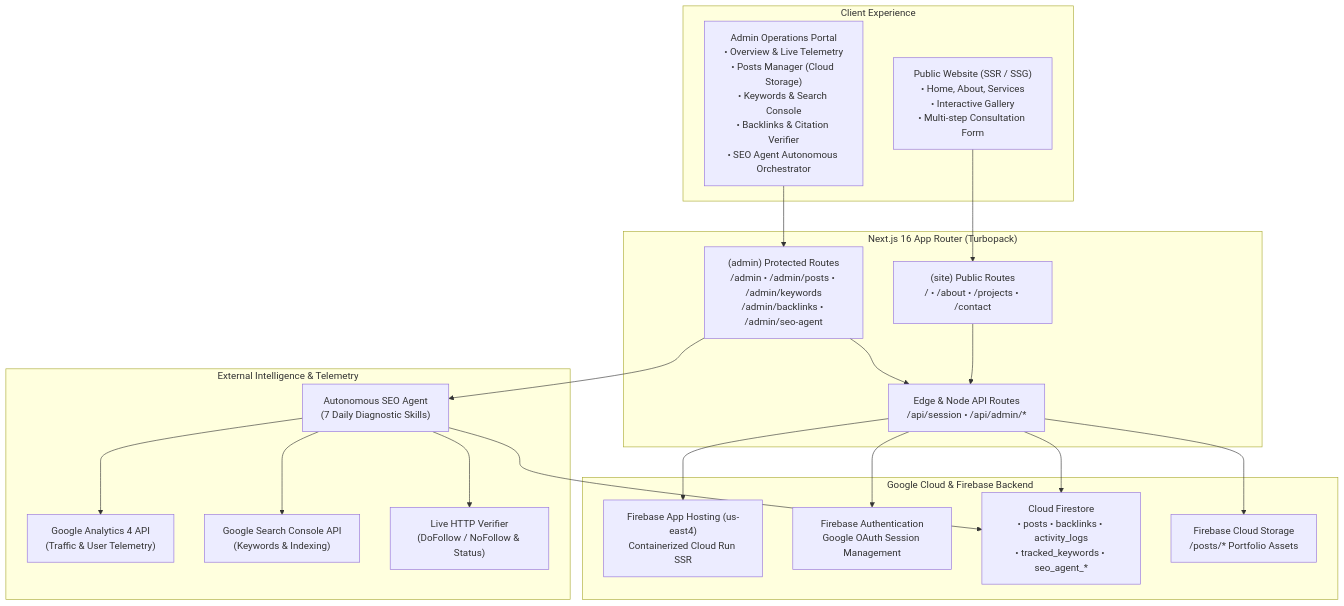
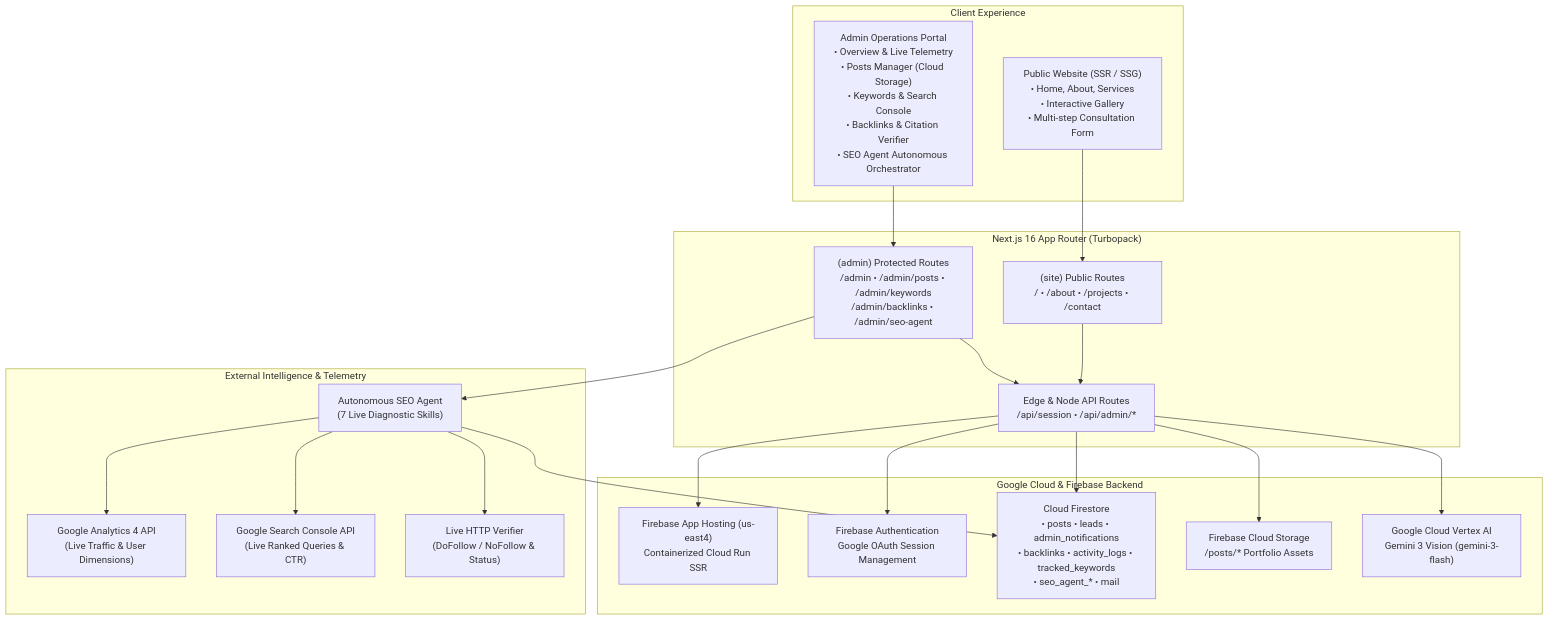
Before and after one commit to evrconstruction/evrconstruction: the first of 2 diagrams in README.md, drawn with Mermaid. The commit also changed other lines of this file and 19 other files, not shown here.

Commit message:
fix(prod): resolve 9 production audit blockers, upgrade to Gemini 3, and persist leads

````diff
--- a/README.md
+++ b/README.md
@@ -9,43 +9,45 @@
 ```mermaid
 flowchart TB
     subgraph ClientLayer ["Client Experience"]
         PublicSite["Public Website (SSR / SSG)\n• Home, About, Services\n• Interactive Gallery\n• Multi-step Consultation Form"]
         AdminSuite["Admin Operations Portal\n• Overview & Live Telemetry\n• Posts Manager (Cloud Storage)\n• Keywords & Search Console\n• Backlinks & Citation Verifier\n• SEO Agent Autonomous Orchestrator"]
     end
 
     subgraph AppLayer ["Next.js 16 App Router (Turbopack)"]
         SiteRoutes["(site) Public Routes\n/ • /about • /projects • /contact"]
         AdminRoutes["(admin) Protected Routes\n/admin • /admin/posts • /admin/keywords\n/admin/backlinks • /admin/seo-agent"]
         APIRoutes["Edge & Node API Routes\n/api/session • /api/admin/*"]
     end
 
     subgraph FirebaseLayer ["Google Cloud & Firebase Backend"]
         AppHosting["Firebase App Hosting (us-east4)\nContainerized Cloud Run SSR"]
         FirebaseAuth["Firebase Authentication\nGoogle OAuth Session Management"]
-        Firestore["Cloud Firestore\n• posts • backlinks • activity_logs\n• tracked_keywords • seo_agent_*"]
+        Firestore["Cloud Firestore\n• posts • leads • admin_notifications\n• backlinks • activity_logs • tracked_keywords\n• seo_agent_* • mail"]
         CloudStorage["Firebase Cloud Storage\n/posts/* Portfolio Assets"]
+        VertexAI["Google Cloud Vertex AI\nGemini 3 Vision (gemini-3-flash)"]
     end
 
     subgraph IntelligenceLayer ["External Intelligence & Telemetry"]
-        GA4["Google Analytics 4 API\n(Traffic & User Telemetry)"]
-        GSC["Google Search Console API\n(Keywords & Indexing)"]
+        GA4["Google Analytics 4 API\n(Live Traffic & User Dimensions)"]
+        GSC["Google Search Console API\n(Live Ranked Queries & CTR)"]
         Crawler["Live HTTP Verifier\n(DoFollow / NoFollow & Status)"]
-        AgentEngine["Autonomous SEO Agent\n(7 Daily Diagnostic Skills)"]
+        AgentEngine["Autonomous SEO Agent\n(7 Live Diagnostic Skills)"]
     end
 
     PublicSite --> SiteRoutes
     AdminSuite --> AdminRoutes
     SiteRoutes --> APIRoutes
     AdminRoutes --> APIRoutes
 
     APIRoutes --> FirebaseAuth
     APIRoutes --> Firestore
     APIRoutes --> CloudStorage
     APIRoutes --> AppHosting
+    APIRoutes --> VertexAI
 
     AdminRoutes --> AgentEngine
     AgentEngine --> GA4
     AgentEngine --> GSC
     AgentEngine --> Crawler
     AgentEngine --> Firestore
 ```
````
